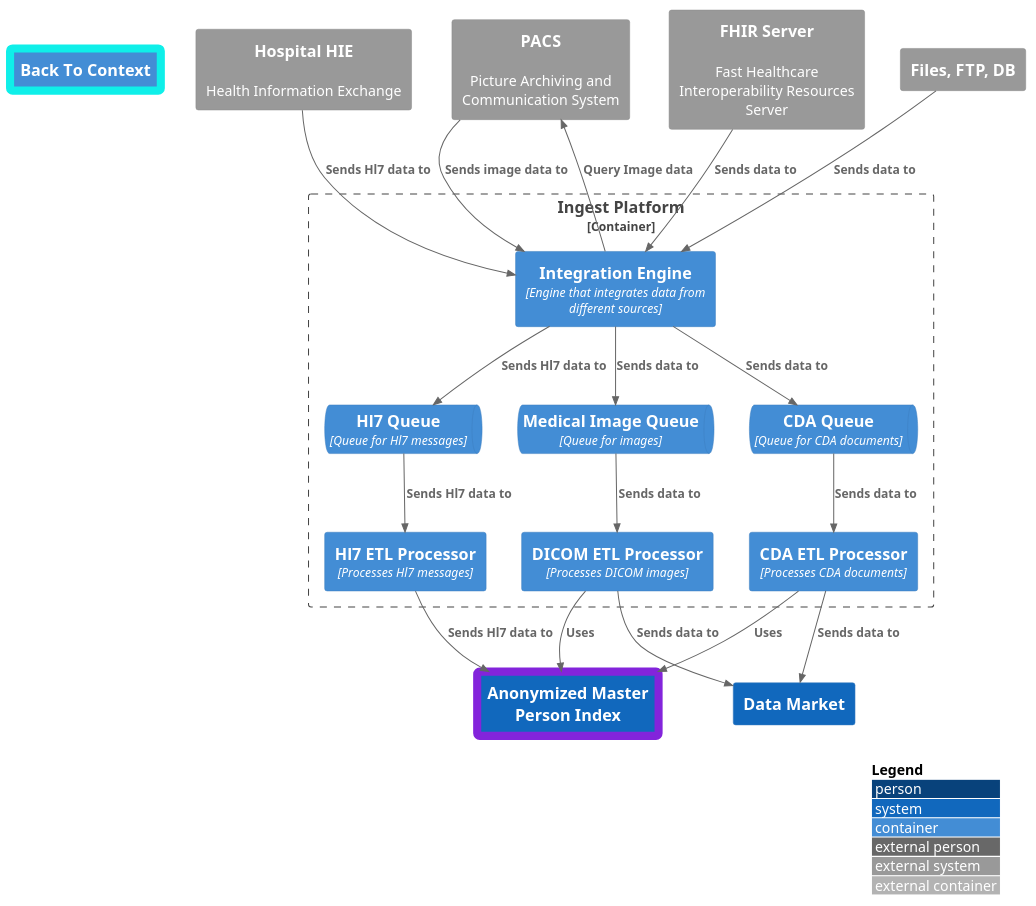
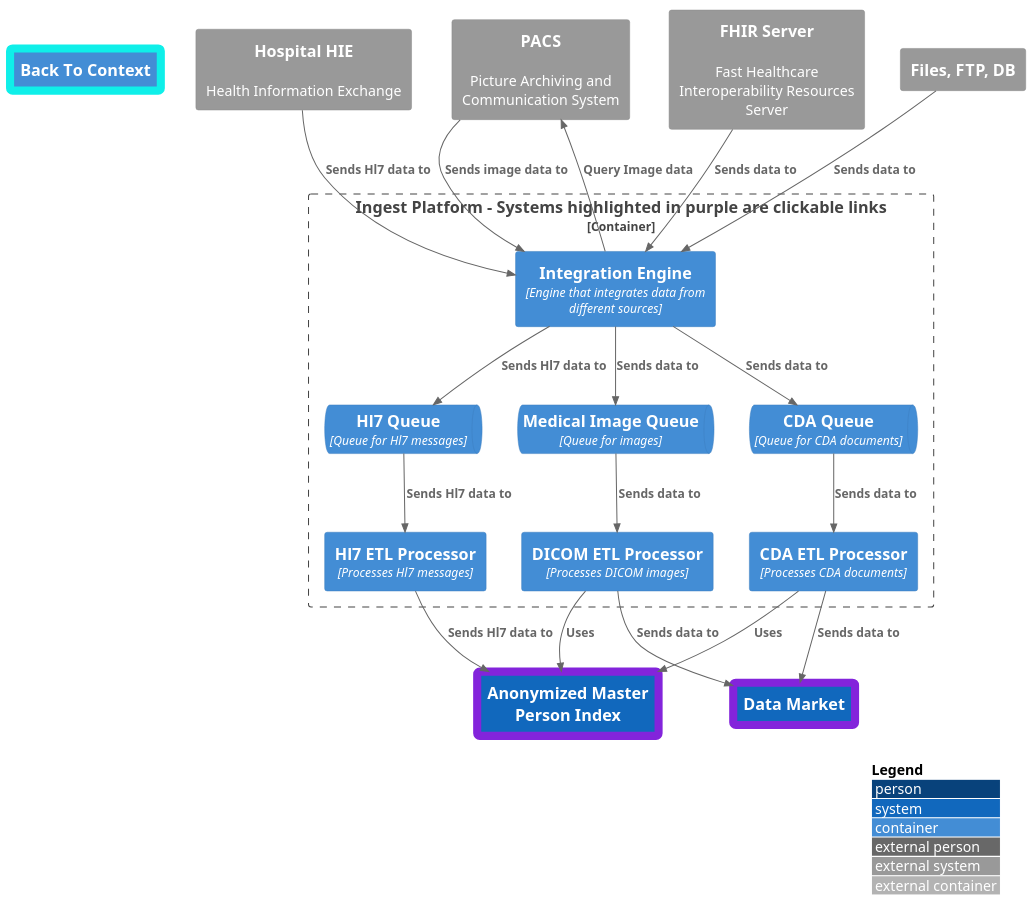
The diagram in ArchitectureModel/IngestPlatformContainer.puml (migueladelvalle/SE577-684-SP-23-24-final-project), drawn with PlantUML before and after one commit. The commit also changed 15 other files, not shown here.

Commit message:
C4 diagram adding additional components

```diff
--- a/ArchitectureModel/IngestPlatformContainer.puml
+++ b/ArchitectureModel/IngestPlatformContainer.puml
@@ -1,45 +1,45 @@
 @startuml
-!include https://raw.githubusercontent.com/plantuml-stdlib/C4-PlantUML/master/C4_Container.puml
+!include ./C4_Container.puml
 
 LAYOUT_WITH_LEGEND()
 
 AddElementTag("lowerLevelLink", $borderColor="8324db",$borderThickness="8")
 AddElementTag("higherLevelLink", $borderColor="0fefe9ff",$borderThickness="8")
 
 Container(back, "Back To Context", $link="./ContextDiagram.puml", $tags="higherLevelLink")
 System_Ext(hie, "Hospital HIE", "Health Information Exchange")
 System_Ext(pacs, "PACS", "Picture Archiving and Communication System")
 System_Ext(fhir, "FHIR Server", "Fast Healthcare Interoperability Resources Server")
 System_Ext(files, "Files, FTP, DB")
-System(datamarket, "Data Market")
+System(datamarket, "Data Market",$link="./DataMarketContainer.puml", $tags="lowerLevelLink")
 System(ampi, "Anonymized Master Person Index",$link="./AMPIContainer.puml", $tags="lowerLevelLink")
 
-Container_Boundary(ingest, "Ingest Platform", "The boundary of the system"){
+Container_Boundary(ingest, "Ingest Platform - Systems highlighted in purple are clickable links", "The boundary of the system"){
 Container(integrationEngine, "Integration Engine", "Engine that integrates data from different sources")
 ContainerQueue(image, "Medical Image Queue", "Queue for images")
 ContainerQueue(cda, "CDA Queue", "Queue for CDA documents")
 ContainerQueue(hl7, "Hl7 Queue", "Queue for Hl7 messages")
 Container(hl7processor, "Hl7 ETL Processor", "Processes Hl7 messages")
 Container(dicom, "DICOM ETL Processor", "Processes DICOM images")
 Container(cdaProcessor, "CDA ETL Processor", "Processes CDA documents")
 }
 
 Rel(hie, integrationEngine, "Sends Hl7 data to")
 Rel(integrationEngine, hl7, "Sends Hl7 data to")
 Rel(files, integrationEngine, "Sends data to")
 Rel(fhir, integrationEngine, "Sends data to")
 Rel(hl7, hl7processor, "Sends Hl7 data to")
 Rel(hl7processor, ampi, "Sends Hl7 data to")
 Rel(integrationEngine, pacs, "Query Image data")
 Rel(pacs, integrationEngine, "Sends image data to")
 Rel(integrationEngine, image, "Sends data to")
 Rel(image, dicom, "Sends data to")
 Rel(dicom, ampi, "Uses")
 Rel(dicom, datamarket, "Sends data to")
 Rel(integrationEngine, cda, "Sends data to")
 Rel(cda, cdaProcessor, "Sends data to")
 Rel(cdaProcessor, datamarket, "Sends data to")
 Rel(cdaProcessor, ampi, "Uses")
 
 
 @enduml
```
